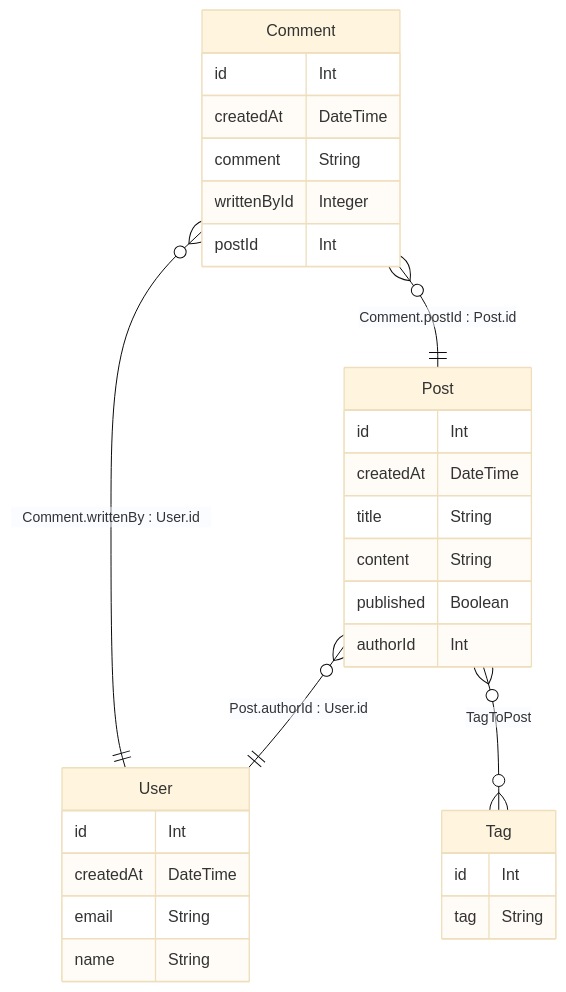
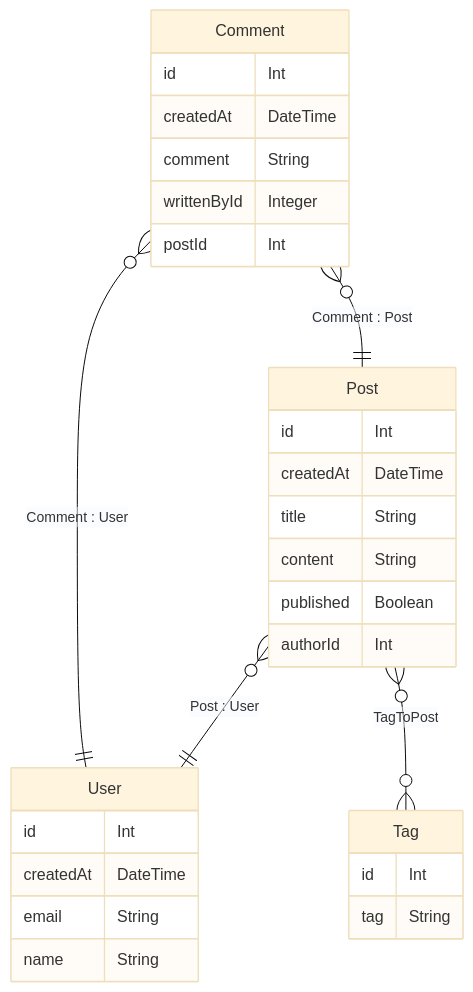
The diagram in tests/fixtures/prisma-examples/databases/cockroachdb/prisma/schema.md (HOZHENWAI/py-prisma2markdown), drawn with Mermaid (base theme) before and after one commit. The commit also changed 22 other files, not shown here.

````diff
--- a/tests/fixtures/prisma-examples/databases/cockroachdb/prisma/schema.md
+++ b/tests/fixtures/prisma-examples/databases/cockroachdb/prisma/schema.md
@@ -2,37 +2,37 @@
 ```mermaid
 erDiagram
 
 User {
     id Int
     createdAt DateTime
     email String
     name String
 }
 
 Post {
     id Int
     createdAt DateTime
     title String
     content String
     published Boolean
     authorId Int
 }
 
 Comment {
     id Int
     createdAt DateTime
     comment String
     writtenById Integer
     postId Int
 }
 
 Tag {
     id Int
     tag String
 }
 
-Post }o--|| User : "Post.authorId : User.id"
-Comment }o--|| User : "Comment.writtenBy : User.id"
-Comment }o--|| Post : "Comment.postId : Post.id"
+Post }o--|| User : "Post : User"
+Comment }o--|| User : "Comment : User"
+Comment }o--|| Post : "Comment : Post"
 Post }o--o{ Tag : "TagToPost"
 ```
````
